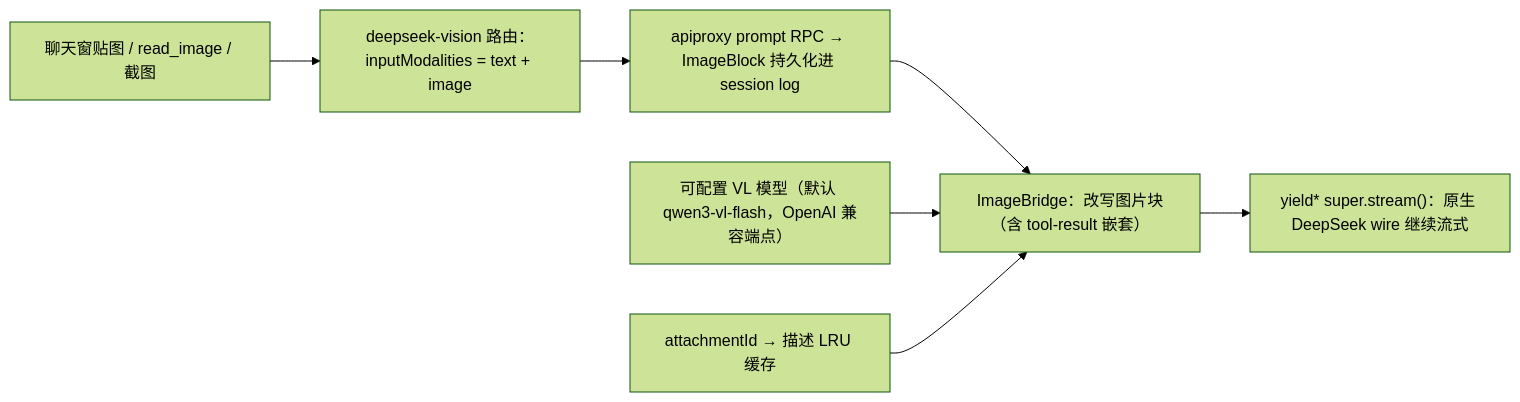
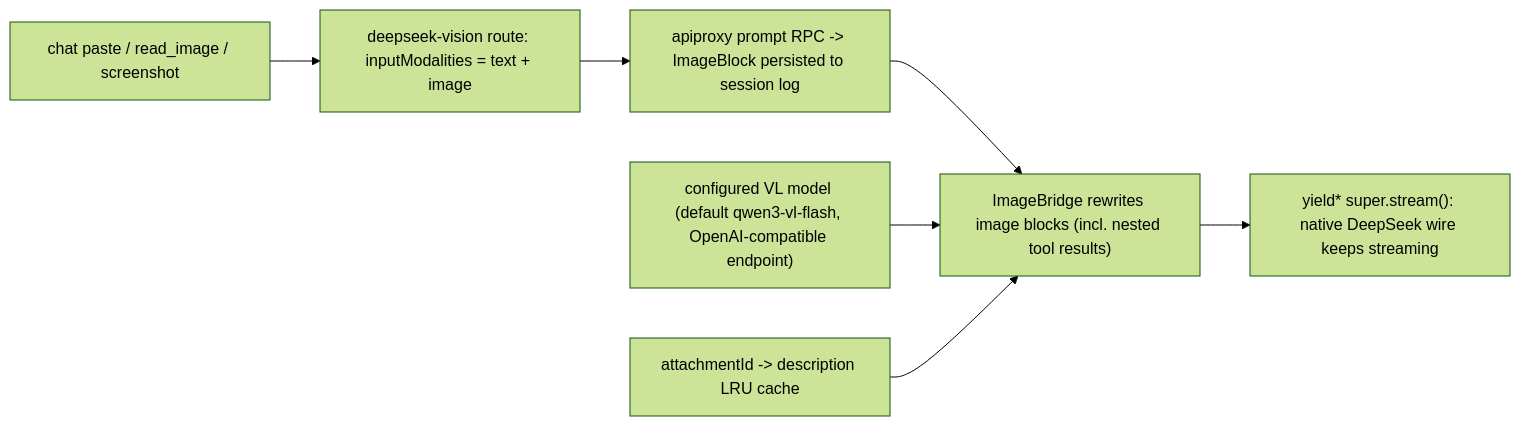
One commit to siegfly/dsh-deepseek-vision changed the diagram in README.md. Above: the diagram before and after it, drawn with Mermaid (forest theme). The commit also changed other lines of this file and 8 other files, not shown here.

````diff
--- a/README.md
+++ b/README.md
@@ -69,9 +76,9 @@
 ```mermaid
 flowchart LR
-    User["聊天窗贴图 / read_image / 截图"] --> Gate["deepseek-vision 路由：inputModalities = text + image"]
-    Gate --> Persist["apiproxy prompt RPC → ImageBlock 持久化进 session log"]
-    Persist --> Bridge["ImageBridge：改写图片块（含 tool-result 嵌套）"]
-    VL["可配置 VL 模型（默认 qwen3-vl-flash，OpenAI 兼容端点）"] --> Bridge
-    Cache["attachmentId → 描述 LRU 缓存"] --> Bridge
-    Bridge --> Stream["yield* super.stream()：原生 DeepSeek wire 继续流式"]
+    User["chat paste / read_image / screenshot"] --> Gate["deepseek-vision route: inputModalities = text + image"]
+    Gate --> Persist["apiproxy prompt RPC -> ImageBlock persisted to session log"]
+    Persist --> Bridge["ImageBridge rewrites image blocks (incl. nested tool results)"]
+    VL["configured VL model (default qwen3-vl-flash, OpenAI-compatible endpoint)"] --> Bridge
+    Cache["attachmentId -> description LRU cache"] --> Bridge
+    Bridge --> Stream["yield* super.stream(): native DeepSeek wire keeps streaming"]
 ```
````
